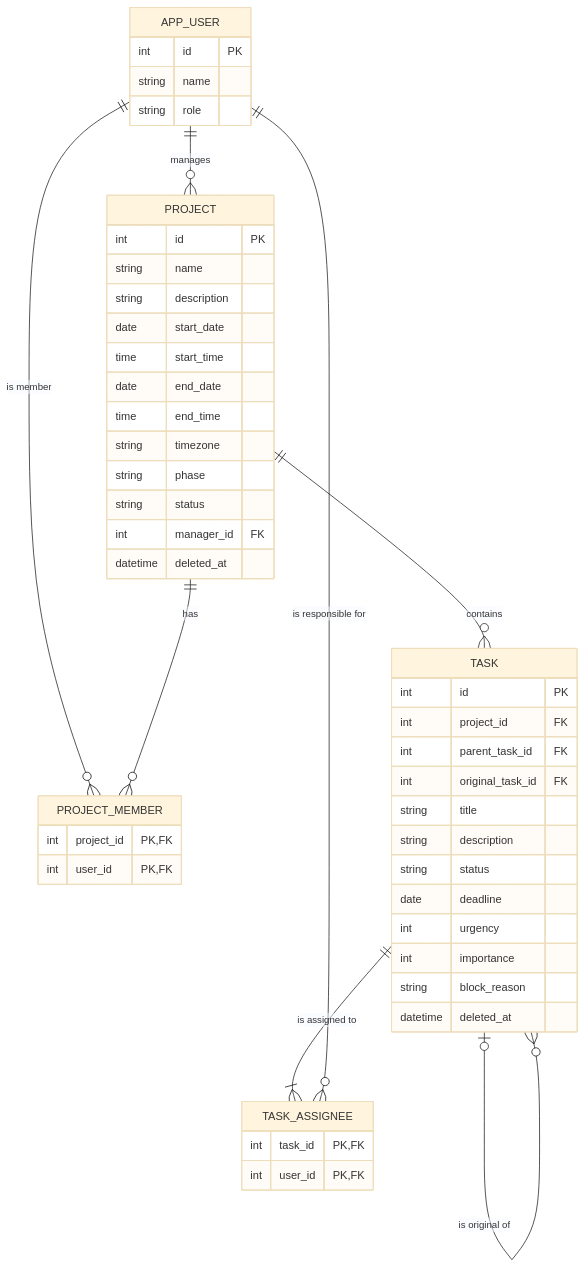
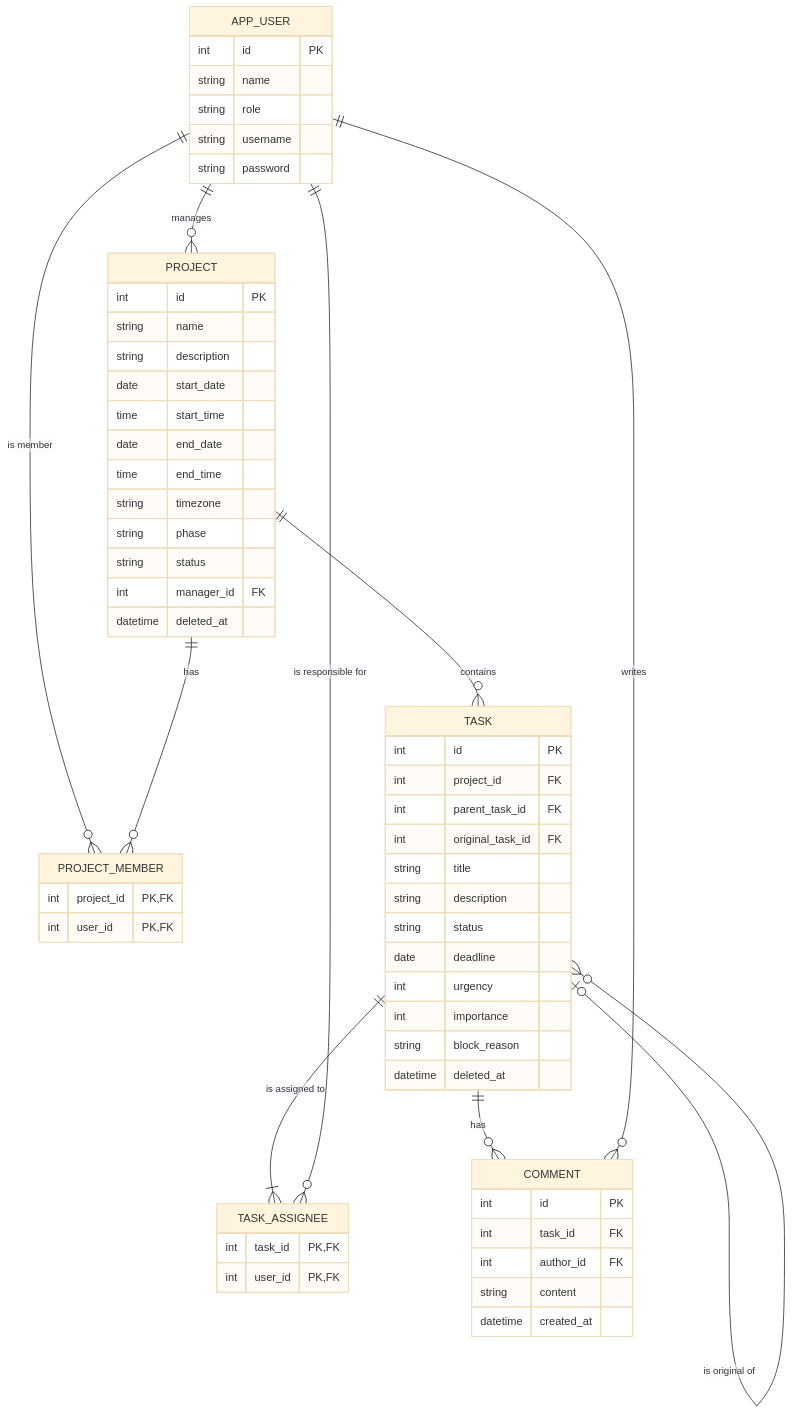
The diagram in matriz/docs/database.md (marianacosta16/ai-powered-task-manager), drawn with Mermaid (base theme) before and after one commit. The commit also changed other lines of this file and 8 other files, not shown here.

````diff
--- a/matriz/docs/database.md
+++ b/matriz/docs/database.md
@@ -109,57 +124,69 @@
 ```mermaid
 erDiagram
     APP_USER ||--o{ PROJECT : manages
     APP_USER ||--o{ PROJECT_MEMBER : "is member"
     PROJECT ||--o{ PROJECT_MEMBER : has
     PROJECT ||--o{ TASK : contains
     TASK |o--o{ TASK : "has subtasks"
     TASK |o--o{ TASK : "is original of"
     TASK ||--|{ TASK_ASSIGNEE : "is assigned to"
     APP_USER ||--o{ TASK_ASSIGNEE : "is responsible for"
+    TASK ||--o{ COMMENT : has
+    APP_USER ||--o{ COMMENT : writes
 
     APP_USER {
         int id PK
         string name
         string role
+        string username
+        string password
     }
 
     PROJECT {
         int id PK
         string name
         string description
         date start_date
         time start_time
         date end_date
         time end_time
         string timezone
         string phase
         string status
         int manager_id FK
         datetime deleted_at
     }
 
     PROJECT_MEMBER {
         int project_id PK, FK
         int user_id PK, FK
     }
 
     TASK {
         int id PK
         int project_id FK
         int parent_task_id FK
         int original_task_id FK
         string title
         string description
         string status
         date deadline
         int urgency
         int importance
         string block_reason
         datetime deleted_at
     }
 
     TASK_ASSIGNEE {
         int task_id PK, FK
         int user_id PK, FK
     }
+
+    COMMENT {
+        int id PK
+        int task_id FK
+        int author_id FK
+        string content
+        datetime created_at
+    }
 ```
````
